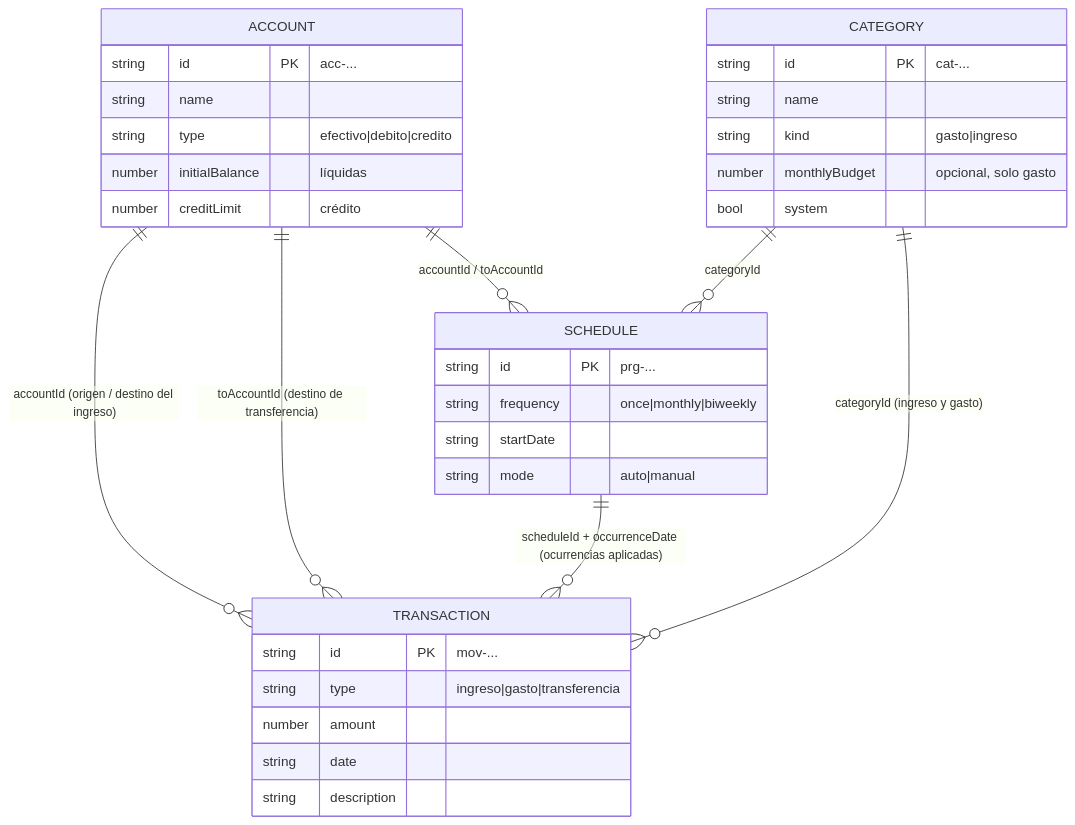
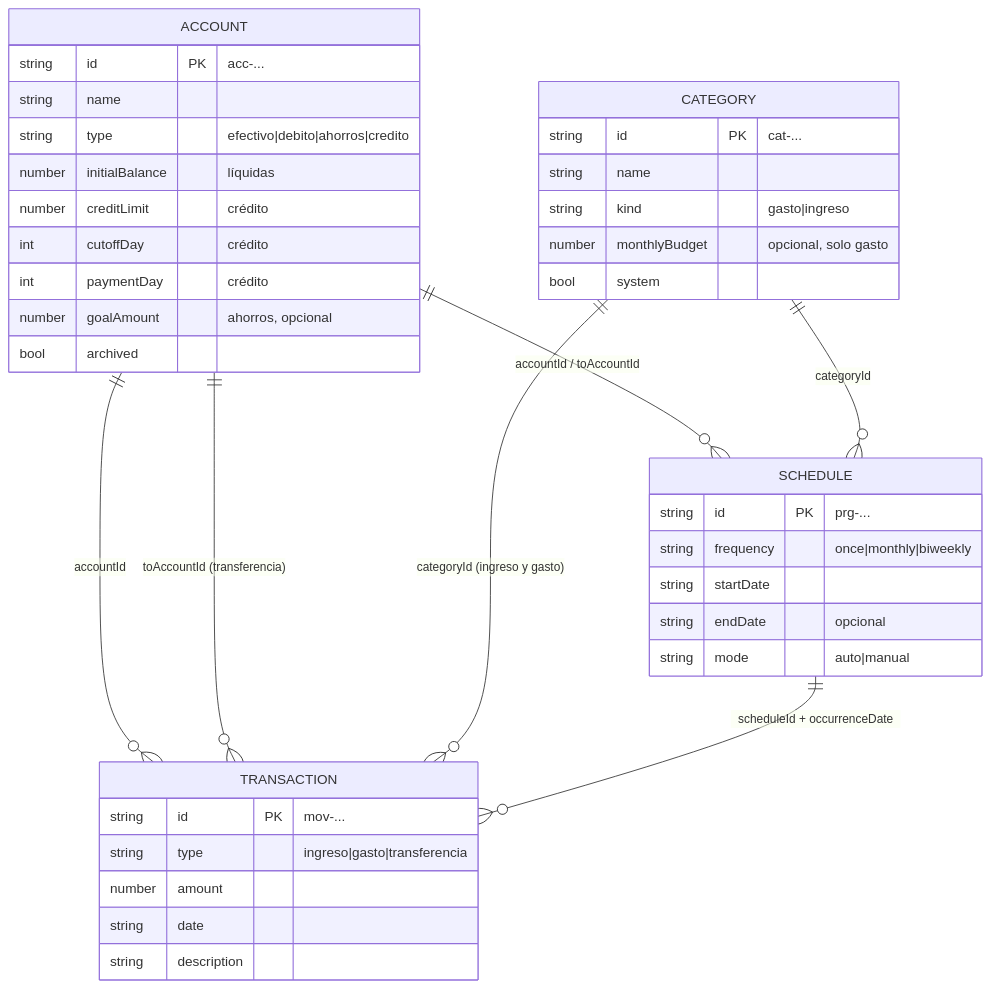
Before and after one commit to jfallash12/FinanzApp: the first of 7 diagrams in docs/design.md, drawn with Mermaid. The commit also changed other lines of this file and 1 other file, not shown here.

````diff
--- a/docs/design.md
+++ b/docs/design.md
@@ -31,13 +24,13 @@
 ```mermaid
 erDiagram
-  ACCOUNT ||--o{ TRANSACTION : "accountId (origen / destino del ingreso)"
-  ACCOUNT ||--o{ TRANSACTION : "toAccountId (destino de transferencia)"
+  ACCOUNT ||--o{ TRANSACTION : "accountId"
+  ACCOUNT ||--o{ TRANSACTION : "toAccountId (transferencia)"
+  CATEGORY ||--o{ TRANSACTION : "categoryId (ingreso y gasto)"
   ACCOUNT ||--o{ SCHEDULE : "accountId / toAccountId"
   CATEGORY ||--o{ SCHEDULE : "categoryId"
-  SCHEDULE ||--o{ TRANSACTION : "scheduleId + occurrenceDate (ocurrencias aplicadas)"
-  CATEGORY ||--o{ TRANSACTION : "categoryId (ingreso y gasto)"
-  ACCOUNT { string id PK "acc-..." string name string type "efectivo|debito|credito" number initialBalance "líquidas" number creditLimit "crédito" }
+  SCHEDULE ||--o{ TRANSACTION : "scheduleId + occurrenceDate"
+  ACCOUNT { string id PK "acc-..." string name string type "efectivo|debito|ahorros|credito" number initialBalance "líquidas" number creditLimit "crédito" int cutoffDay "crédito" int paymentDay "crédito" number goalAmount "ahorros, opcional" bool archived }
   CATEGORY { string id PK "cat-..." string name string kind "gasto|ingreso" number monthlyBudget "opcional, solo gasto" bool system }
   TRANSACTION { string id PK "mov-..." string type "ingreso|gasto|transferencia" number amount string date string description }
-  SCHEDULE { string id PK "prg-..." string frequency "once|monthly|biweekly" string startDate string mode "auto|manual" }
+  SCHEDULE { string id PK "prg-..." string frequency "once|monthly|biweekly" string startDate string endDate "opcional" string mode "auto|manual" }
 ```
````
